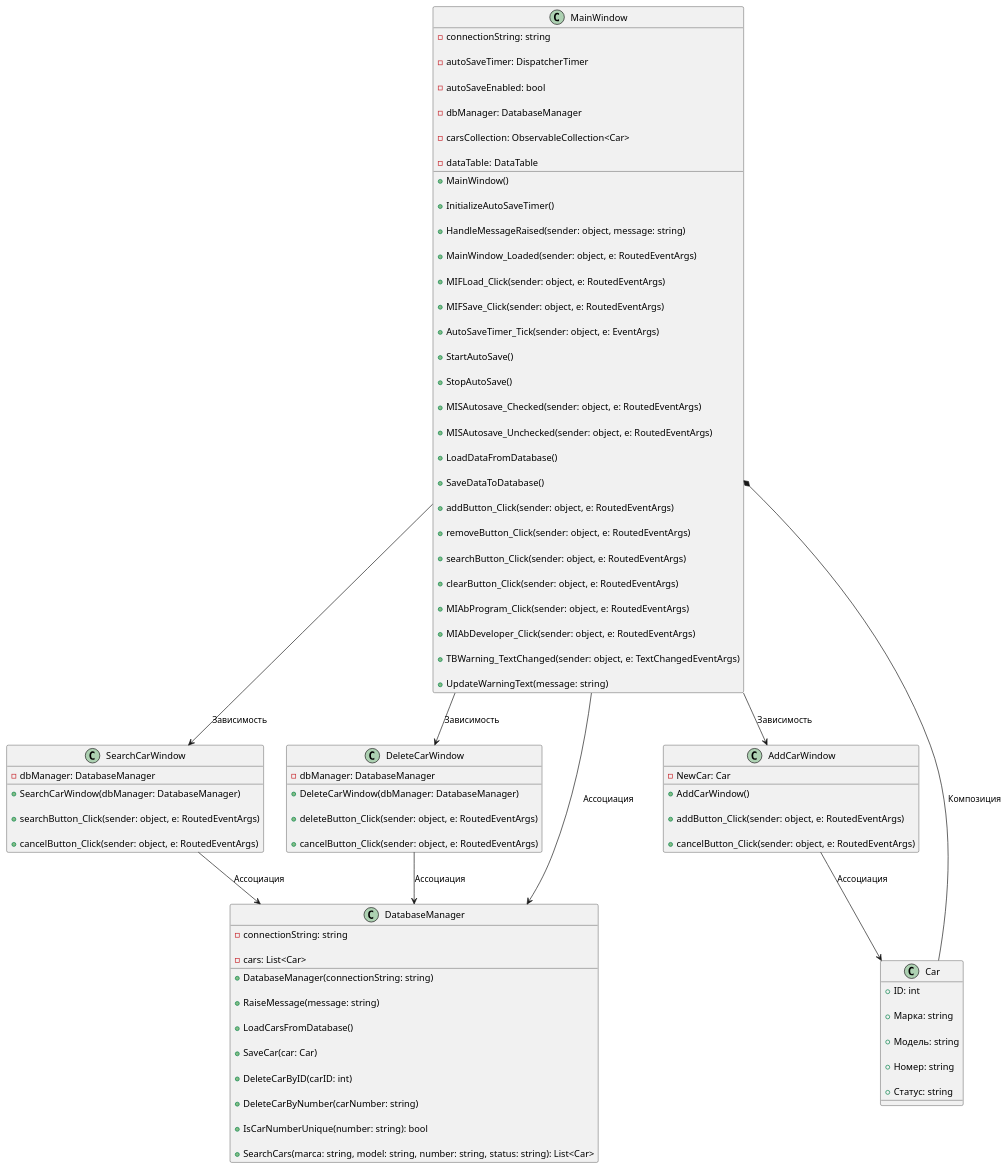
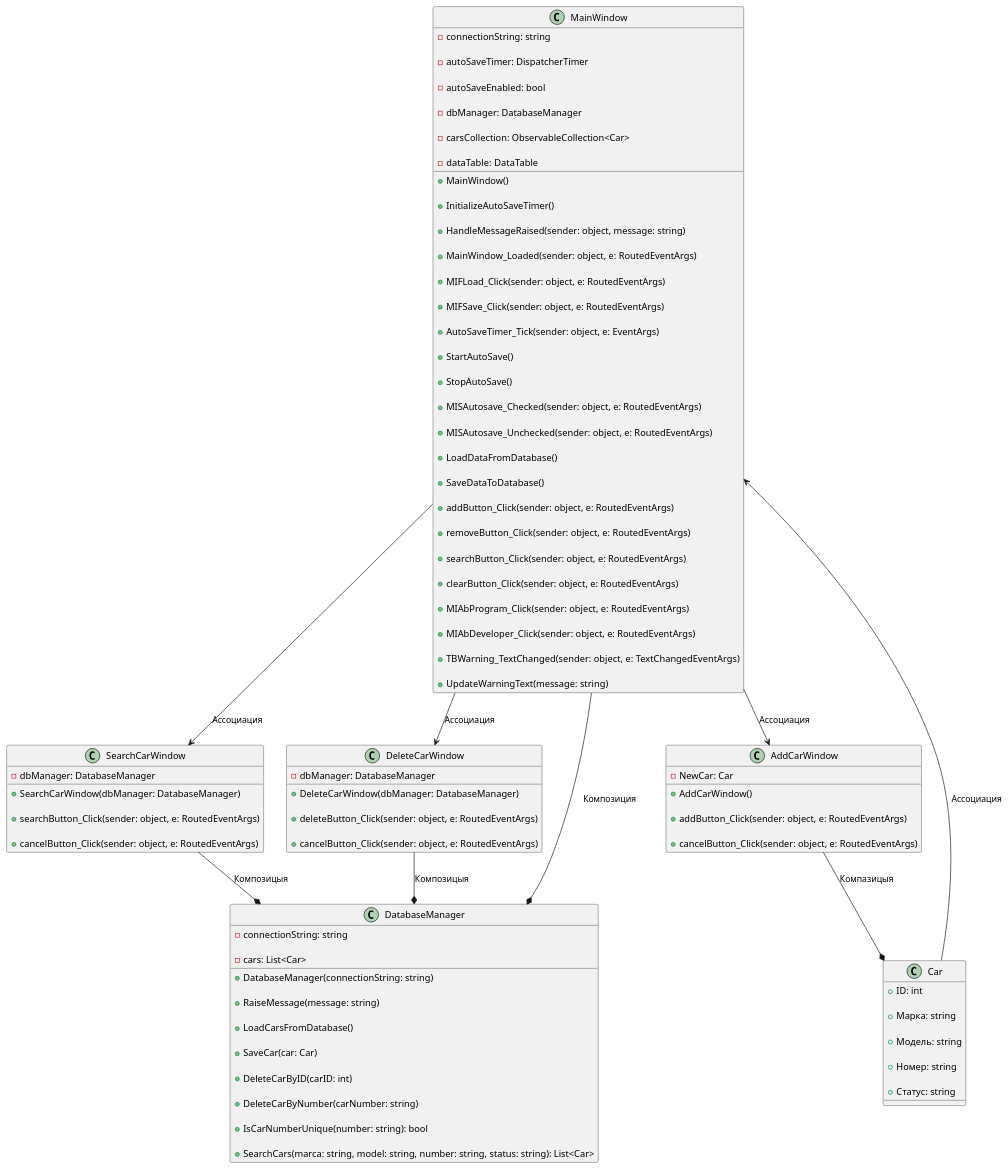
One commit to Luxurys-Lukuchi/CarsBD changed the diagram in README.md. Above: the diagram before and after it, drawn with PlantUML. The commit also changed other lines of this file, not shown here.

Commit message:
Update README.md
вроде как правильно указал связи

```diff
--- a/README.md
+++ b/README.md
@@ -6,145 +7,153 @@
-  @startuml
+@startuml
 
 class MainWindow {
 
-    - connectionString: string
 
-    - autoSaveTimer: DispatcherTimer
-    
-    - autoSaveEnabled: bool
-    
-    - dbManager: DatabaseManager
-    
-    - carsCollection: ObservableCollection<Car>
-    
-    - dataTable: DataTable
-    
-    + MainWindow()
-    
-    + InitializeAutoSaveTimer()
-    
-    + HandleMessageRaised(sender: object, message: string)
-    
-    + MainWindow_Loaded(sender: object, e: RoutedEventArgs)
-    
-    + MIFLoad_Click(sender: object, e: RoutedEventArgs)
-    
-    + MIFSave_Click(sender: object, e: RoutedEventArgs)
-    
-    + AutoSaveTimer_Tick(sender: object, e: EventArgs)
-    
-    + StartAutoSave()
-    
-    + StopAutoSave()
-    
-    + MISAutosave_Checked(sender: object, e: RoutedEventArgs)
-    
-    + MISAutosave_Unchecked(sender: object, e: RoutedEventArgs)
-    
-    + LoadDataFromDatabase()
-    
-    + SaveDataToDatabase()
-    
-    + addButton_Click(sender: object, e: RoutedEventArgs)
-    
-    + removeButton_Click(sender: object, e: RoutedEventArgs)
-    
-    + searchButton_Click(sender: object, e: RoutedEventArgs)
-    
-    + clearButton_Click(sender: object, e: RoutedEventArgs)
-    
-    + MIAbProgram_Click(sender: object, e: RoutedEventArgs)
-    
-    + MIAbDeveloper_Click(sender: object, e: RoutedEventArgs)
-    
-    + TBWarning_TextChanged(sender: object, e: TextChangedEventArgs)
-    
-    + UpdateWarningText(message: string)
+- connectionString: string
+
+- autoSaveTimer: DispatcherTimer
+
+- autoSaveEnabled: bool
+
+- dbManager: DatabaseManager
+
+- carsCollection: ObservableCollection<Car>
+
+- dataTable: DataTable
+
++ MainWindow()
+
++ InitializeAutoSaveTimer()
+
++ HandleMessageRaised(sender: object, message: string)
+
++ MainWindow_Loaded(sender: object, e: RoutedEventArgs)
+
++ MIFLoad_Click(sender: object, e: RoutedEventArgs)
+
++ MIFSave_Click(sender: object, e: RoutedEventArgs)
+
++ AutoSaveTimer_Tick(sender: object, e: EventArgs)
+
++ StartAutoSave()
+
++ StopAutoSave()
+
++ MISAutosave_Checked(sender: object, e: RoutedEventArgs)
+
++ MISAutosave_Unchecked(sender: object, e: RoutedEventArgs)
+
++ LoadDataFromDatabase()
+
++ SaveDataToDatabase()
+
++ addButton_Click(sender: object, e: RoutedEventArgs)
+
++ removeButton_Click(sender: object, e: RoutedEventArgs)
+
++ searchButton_Click(sender: object, e: RoutedEventArgs)
+
++ clearButton_Click(sender: object, e: RoutedEventArgs)
+
++ MIAbProgram_Click(sender: object, e: RoutedEventArgs)
+
++ MIAbDeveloper_Click(sender: object, e: RoutedEventArgs)
+
++ TBWarning_TextChanged(sender: object, e: TextChangedEventArgs)
+
++ UpdateWarningText(message: string)
+
+
 }
 
 class DatabaseManager {
 
-    - connectionString: string
+- connectionString: string
 
-    - cars: List<Car>
-    
-    + DatabaseManager(connectionString: string)
-    
-    + RaiseMessage(message: string)
-    
-    + LoadCarsFromDatabase()
-    
-    + SaveCar(car: Car)
-    
-    + DeleteCarByID(carID: int)
-    
-    + DeleteCarByNumber(carNumber: string)
-    
-    + IsCarNumberUnique(number: string): bool
-    
-    + SearchCars(marca: string, model: string, number: string, status: string): List<Car>
+- cars: List<Car>
+
++ DatabaseManager(connectionString: string)
+
++ RaiseMessage(message: string)
+
++ LoadCarsFromDatabase()
+
++ SaveCar(car: Car)
+
++ DeleteCarByID(carID: int)
+
++ DeleteCarByNumber(carNumber: string)
+
++ IsCarNumberUnique(number: string): bool
+
++ SearchCars(marca: string, model: string, number: string, status: string): List<Car>
+
 }
 
 class Car {
-    
-    + ID: int
-    
-    + Марка: string
-    
-    + Модель: string
-    
-    + Номер: string
-    
-    + Статус: string
+
++ ID: int
+
++ Марка: string
+
++ Модель: string
+
++ Номер: string
+
++ Статус: string
+
 }
 
 class SearchCarWindow {
 
-    - dbManager: DatabaseManager
-    
-    + SearchCarWindow(dbManager: DatabaseManager)
-    
-    + searchButton_Click(sender: object, e: RoutedEventArgs)
-    
-    + cancelButton_Click(sender: object, e: RoutedEventArgs)
+- dbManager: DatabaseManager
+
++ SearchCarWindow(dbManager: DatabaseManager)
+
++ searchButton_Click(sender: object, e: RoutedEventArgs)
+
++ cancelButton_Click(sender: object, e: RoutedEventArgs)
+
 }
 
 class DeleteCarWindow {
-    
-    - dbManager: DatabaseManager
-    
-    + DeleteCarWindow(dbManager: DatabaseManager)
-    
-    + deleteButton_Click(sender: object, e: RoutedEventArgs)
-    
-    + cancelButton_Click(sender: object, e: RoutedEventArgs)
+
+- dbManager: DatabaseManager
+
++ DeleteCarWindow(dbManager: DatabaseManager)
+
++ deleteButton_Click(sender: object, e: RoutedEventArgs)
+
++ cancelButton_Click(sender: object, e: RoutedEventArgs)
+
 }
 
 class AddCarWindow {
-    
-    - NewCar: Car
-    
-    + AddCarWindow()
-    
-    + addButton_Click(sender: object, e: RoutedEventArgs)
-    
-    + cancelButton_Click(sender: object, e: RoutedEventArgs)
+
+- NewCar: Car
+
++ AddCarWindow()
+
++ addButton_Click(sender: object, e: RoutedEventArgs)
+
++ cancelButton_Click(sender: object, e: RoutedEventArgs)
+
 }
 
-MainWindow *-- Car : Композиция
+MainWindow <-- Car : Ассоциация
 
-MainWindow --> DatabaseManager : Ассоциация
+MainWindow --* DatabaseManager : Композиция
 
-MainWindow --> SearchCarWindow : Зависимость
+MainWindow --> SearchCarWindow : Ассоциация
 
-MainWindow --> DeleteCarWindow : Зависимость
+MainWindow --> DeleteCarWindow : Ассоциация
 
-MainWindow --> AddCarWindow : Зависимость
+MainWindow --> AddCarWindow : Ассоциация
 
-SearchCarWindow --> DatabaseManager : Ассоциация
+SearchCarWindow --* DatabaseManager : Композицыя
 
-DeleteCarWindow --> DatabaseManager : Ассоциация
+DeleteCarWindow --* DatabaseManager : Композицыя
 
-AddCarWindow --> Car : Ассоциация
+AddCarWindow --* Car : Компазицыя
 
 @enduml
```
